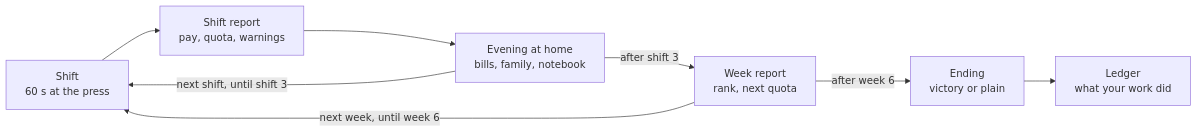
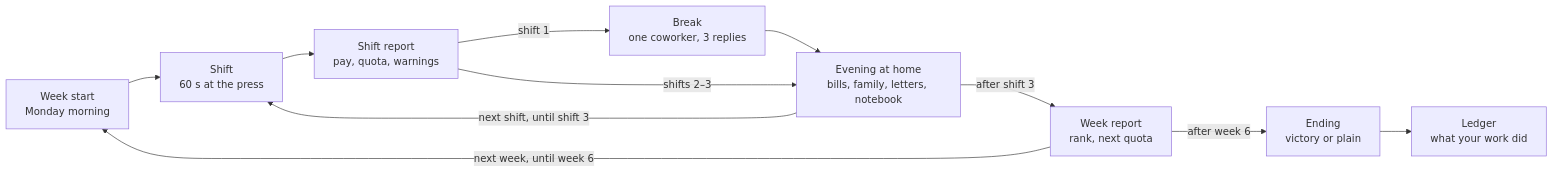
The diagram in SPEC.md (d-reic/solution), drawn with Mermaid before and after one commit. The commit also changed other lines of this file and 19 other files, not shown here.

````diff
--- a/SPEC.md
+++ b/SPEC.md
@@ -29,10 +30,13 @@
 ```mermaid
 flowchart LR
-  Shift["Shift<br/>60 s at the press"] --> Report["Shift report<br/>pay, quota, warnings"]
-  Report --> Evening["Evening at home<br/>bills, family, notebook"]
+  WeekStart["Week start<br/>Monday morning"] --> Shift["Shift<br/>60 s at the press"]
+  Shift --> Report["Shift report<br/>pay, quota, warnings"]
+  Report -- "shift 1" --> Break["Break<br/>one coworker, 3 replies"]
+  Break --> Evening
+  Report -- "shifts 2–3" --> Evening["Evening at home<br/>bills, family, letters, notebook"]
   Evening -- "next shift, until shift 3" --> Shift
   Evening -- "after shift 3" --> Week["Week report<br/>rank, next quota"]
-  Week -- "next week, until week 6" --> Shift
+  Week -- "next week, until week 6" --> WeekStart
   Week -- "after week 6" --> Ending["Ending<br/>victory or plain"]
   Ending --> Ledger["Ledger<br/>what your work did"]
 ```
````
